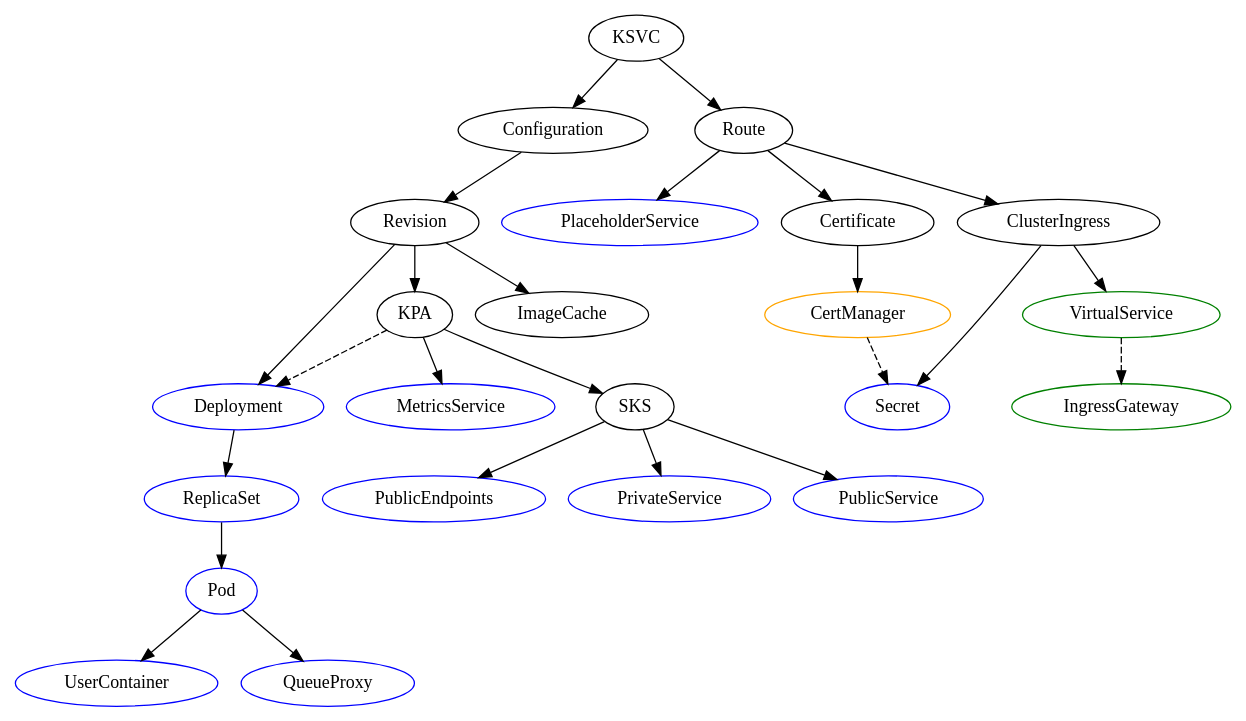
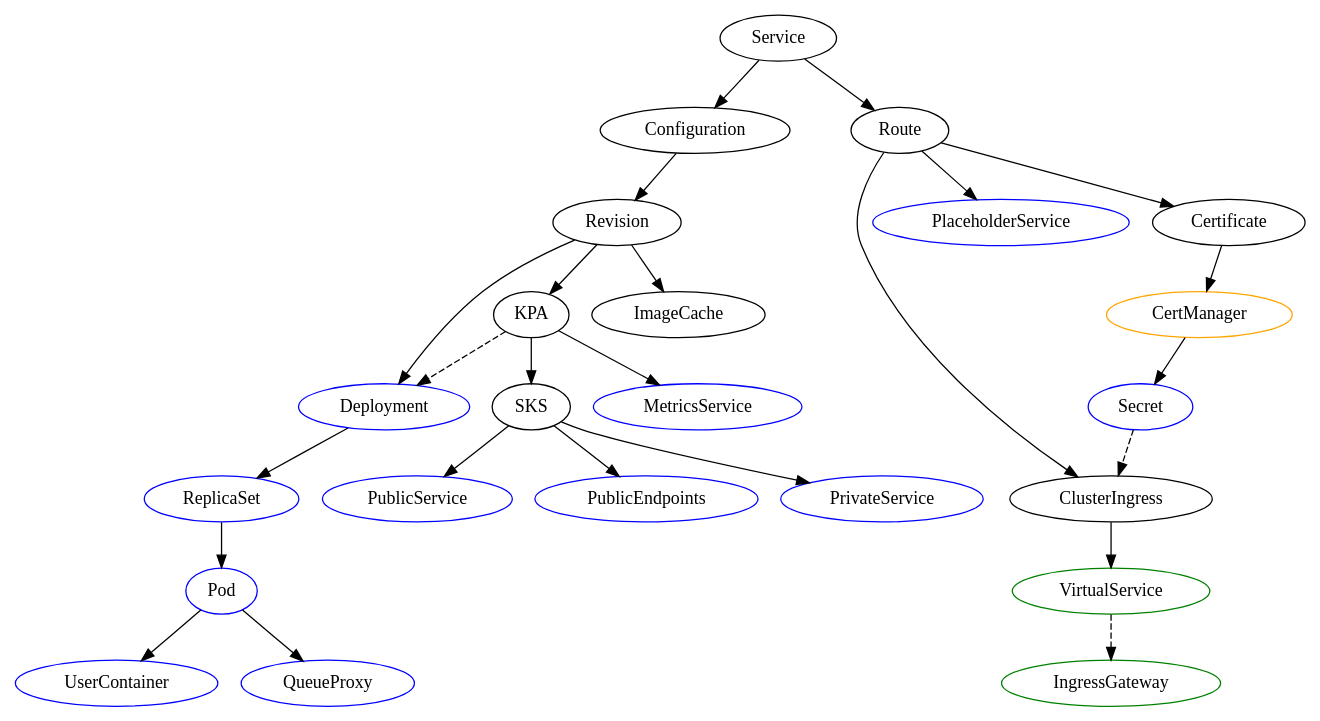
One commit to jonjohnsonjr/graphviz changed the diagram in src/creation.dot. Above: the diagram before and after it, drawn with Graphviz. The commit also changed 5 other files, not shown here.

Commit message:
Fix cert -> secret, make singletons bigger

```diff
--- a/src/creation.dot
+++ b/src/creation.dot
@@ -1,58 +1,59 @@
 digraph CreationGraph {
-  KSVC -> Configuration
-  KSVC -> Route
+  Service -> Configuration
+  Service -> Route
 
   Revision -> Deployment
   Revision -> KPA
   Revision -> ImageCache
 
   KPA -> SKS
   KPA -> MetricsService
   KPA -> Deployment [style=dashed]
 
   Route -> ClusterIngress
   Route -> PlaceholderService
   Route -> Certificate
 
   Certificate -> CertManager
 
-  CertManager -> Secret [style=dashed]
+  CertManager -> Secret
+
+  Secret -> ClusterIngress [style=dashed]
 
   ClusterIngress -> VirtualService
-  ClusterIngress -> Secret
 
   Configuration -> Revision
 
   SKS -> PublicService
   SKS -> PublicEndpoints
   SKS -> PrivateService
 
   Deployment -> ReplicaSet
 
   ReplicaSet -> Pod
 
   Pod -> UserContainer
   Pod -> QueueProxy
 
   VirtualService -> IngressGateway [style=dashed]
 
   // Kubernetes
   Deployment [color=blue]
   ReplicaSet [color=blue]
   Pod [color=blue]
   PublicService [color=blue]
   PublicEndpoints [color=blue]
   PrivateService [color=blue]
   MetricsService [color=blue]
   PlaceholderService [color=blue]
   Secret [color=blue]
   QueueProxy [color=blue]
   UserContainer [color=blue]
 
   // Istio
   VirtualService [color=green]
   IngressGateway [color=green]
 
   // CertManager
   CertManager [color=orange]
 }
```
